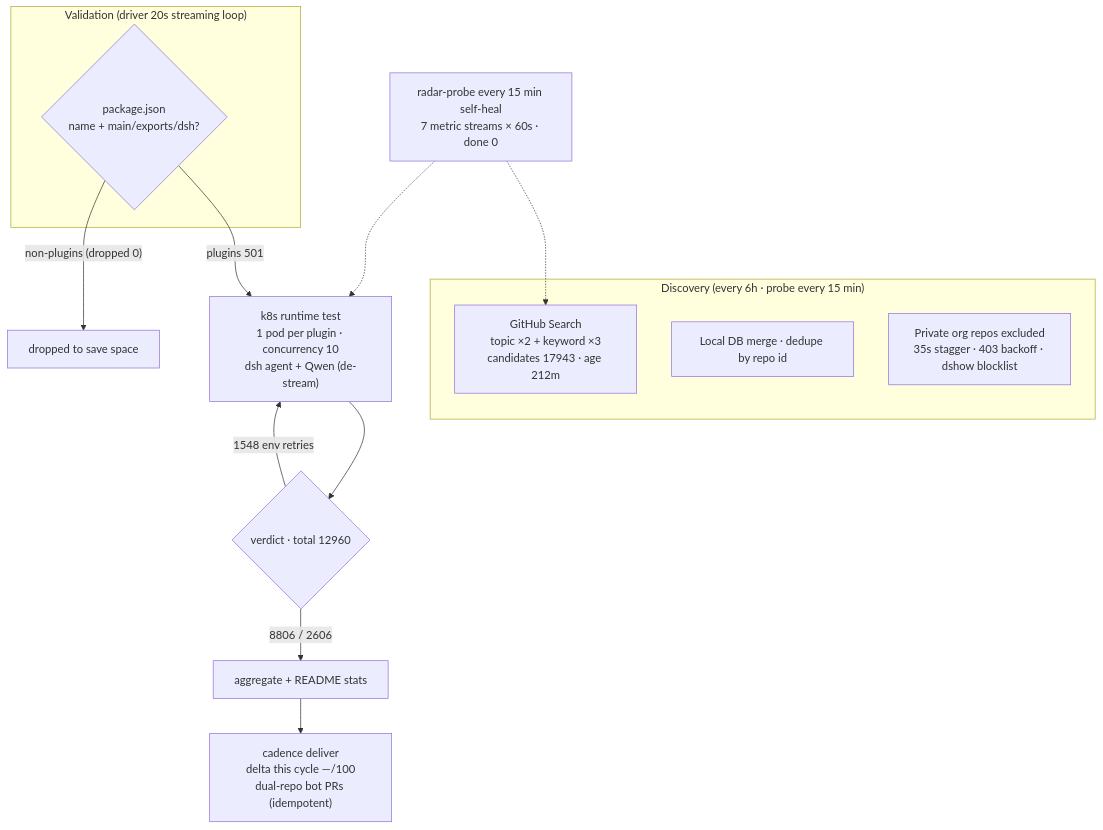
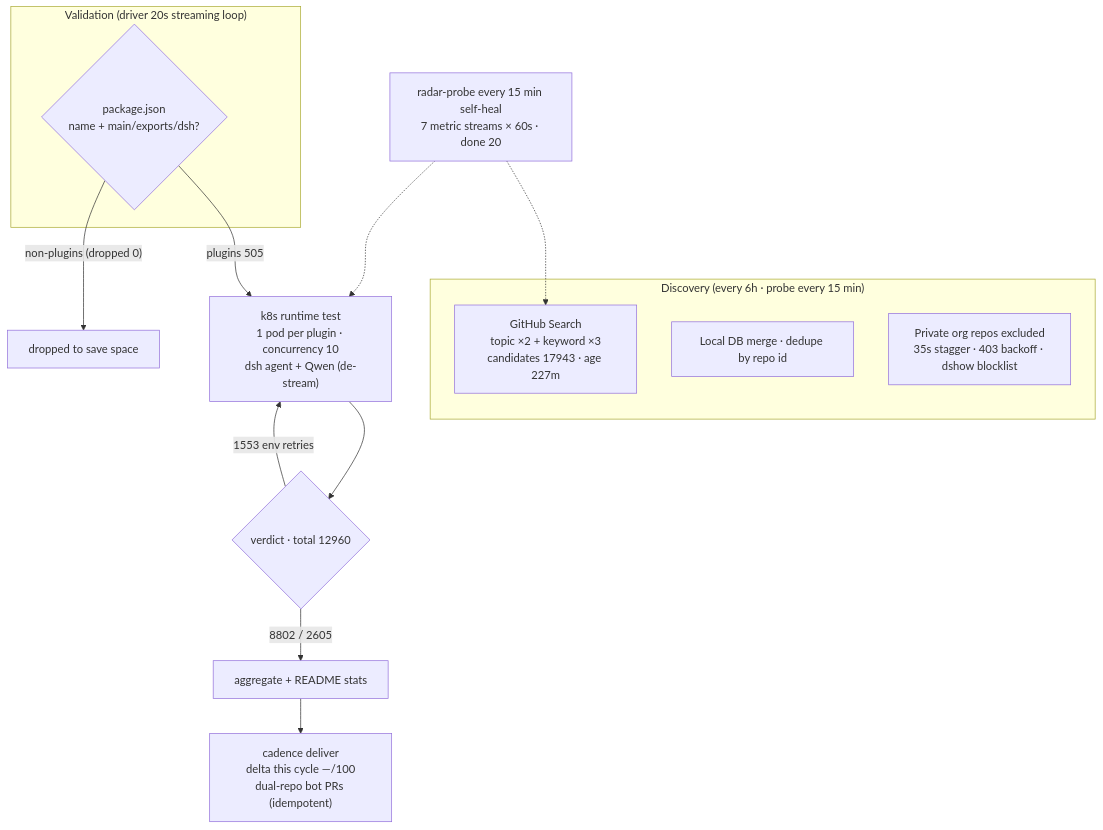
Before and after one commit to AdamPlatin123/awesome-dsh-plugins: the diagram in README.en-US.md, drawn with Mermaid. The commit also changed other lines of this file and 5 other files, not shown here.

````diff
--- a/README.en-US.md
+++ b/README.en-US.md
@@ -45,20 +45,20 @@
 ```mermaid
 flowchart TB
     subgraph Discovery["Discovery (every 6h · probe every 15 min)"]
-        A1["GitHub Search<br/>topic ×2 + keyword ×3<br/>candidates 17943 · age 212m"]
+        A1["GitHub Search<br/>topic ×2 + keyword ×3<br/>candidates 17943 · age 227m"]
         A2["Local DB merge · dedupe by repo id"]
         A3["Private org repos excluded<br/>35s stagger · 403 backoff · dshow blocklist"]
     end
     subgraph Validation["Validation (driver 20s streaming loop)"]
         B1{"package.json<br/>name + main/exports/dsh?"}
     end
-    B1 -->|"plugins 501"| C1["k8s runtime test<br/>1 pod per plugin · concurrency 10<br/>dsh agent + Qwen (de-stream)"]
+    B1 -->|"plugins 505"| C1["k8s runtime test<br/>1 pod per plugin · concurrency 10<br/>dsh agent + Qwen (de-stream)"]
     B1 -->|"non-plugins (dropped 0)"| B3["dropped to save space"]
     C1 --> D1{"verdict · total 12960"}
-    D1 -->|"8806 / 2606"| E1["aggregate + README stats"]
-    D1 -->|"1548 env retries"| C1
+    D1 -->|"8802 / 2605"| E1["aggregate + README stats"]
+    D1 -->|"1553 env retries"| C1
     E1 --> E2["cadence deliver<br/>delta this cycle —/100<br/>dual-repo bot PRs (idempotent)"]
-    M["radar-probe every 15 min self-heal<br/>7 metric streams × 60s · done 0"]
+    M["radar-probe every 15 min self-heal<br/>7 metric streams × 60s · done 20"]
     M -.-> A1
     M -.-> C1
 ```
````
